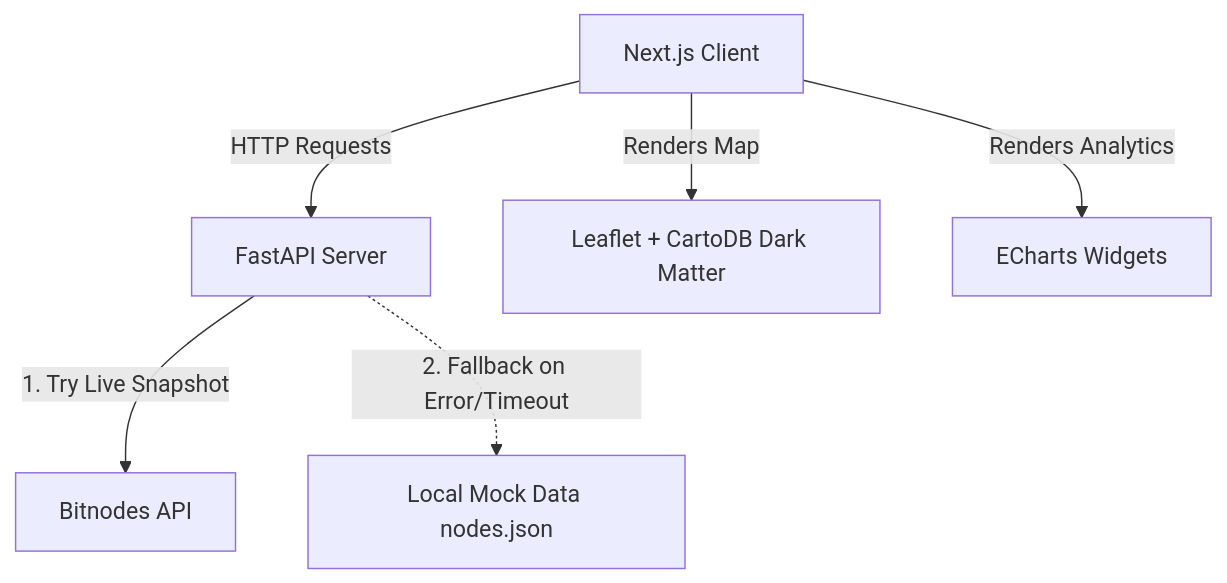
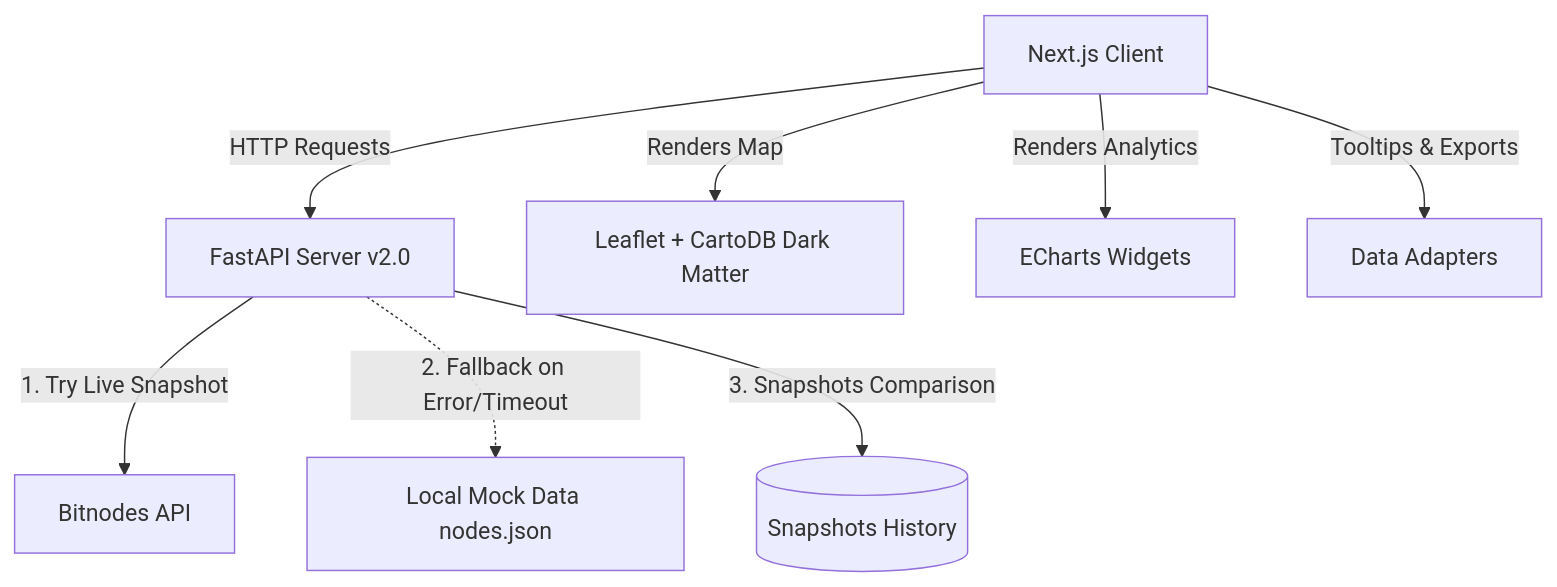
The diagram in README.md (Real-Rails-Interns-Batch3/POC-87-Bitcoin_Node_Geography-Anamika_R), drawn with Mermaid before and after one commit. The commit also changed other lines of this file and 19 other files, not shown here.

````diff
--- a/README.md
+++ b/README.md
@@ -13,8 +28,10 @@
 ```mermaid
 graph TD
-    Client[Next.js Client] -->|HTTP Requests| API[FastAPI Server]
+    Client[Next.js Client] -->|HTTP Requests| API[FastAPI Server v2.0]
     API -->|1. Try Live Snapshot| Bitnodes[Bitnodes API]
     API -.->|2. Fallback on Error/Timeout| LocalMock[Local Mock Data nodes.json]
+    API -->|3. Snapshots Comparison| SnapDB[(Snapshots History)]
     Client -->|Renders Map| Leaflet[Leaflet + CartoDB Dark Matter]
     Client -->|Renders Analytics| ECharts[ECharts Widgets]
+    Client -->|Tooltips & Exports| DataAdapters[Data Adapters]
 ```
````
